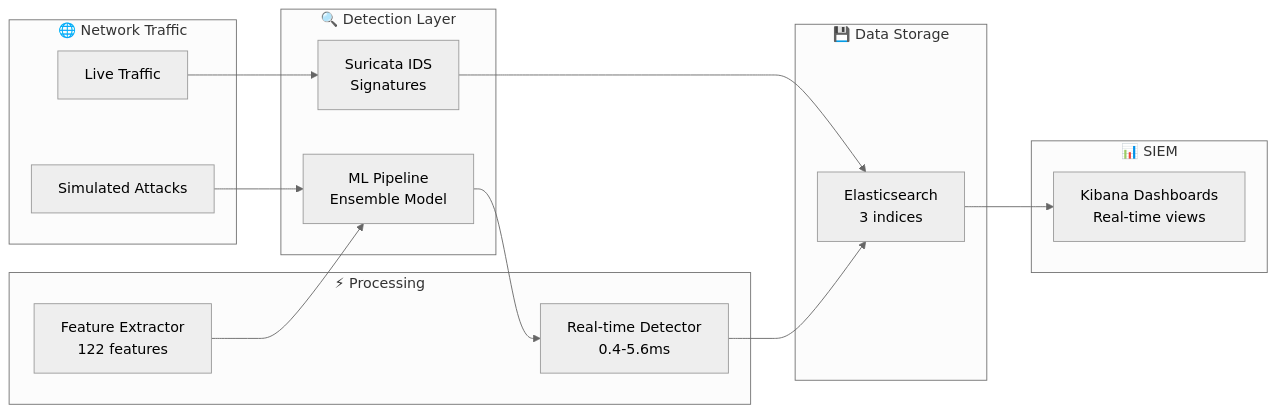
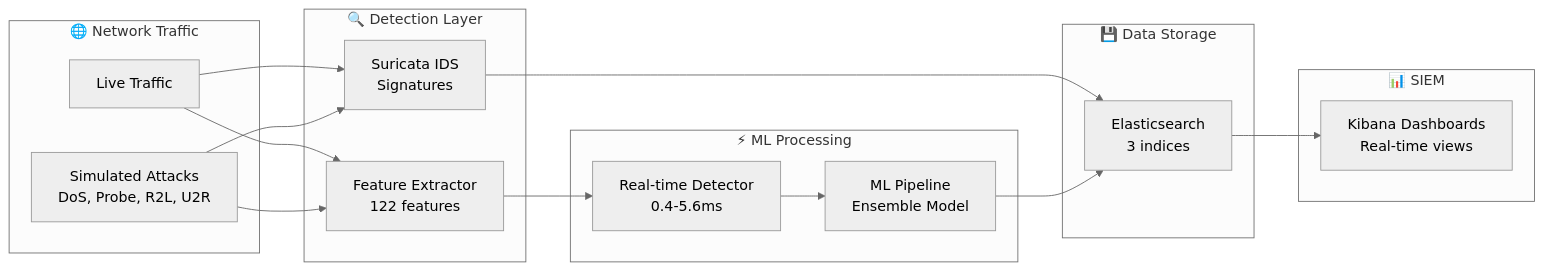
The diagram in docs/demo-flow-explanation.md (holdennguyen/suricata-ml-ids), drawn with Mermaid (neutral theme) before and after one commit. The commit also changed other lines of this file, not shown here.

First line of the commit message:
fix: correct data flow diagram - simulated attacks go through normal detection path

````diff
--- a/docs/demo-flow-explanation.md
+++ b/docs/demo-flow-explanation.md
@@ -146,33 +149,35 @@
 ```mermaid
 flowchart LR
     subgraph INPUT ["🌐 Network Traffic"]
         LIVE[Live Traffic]
-        SIM[Simulated Attacks]
+        SIM[Simulated Attacks<br/>DoS, Probe, R2L, U2R]
     end
     
     subgraph DETECTION ["🔍 Detection Layer"]
         SUR[Suricata IDS<br/>Signatures]
-        ML[ML Pipeline<br/>Ensemble Model]
+        FE[Feature Extractor<br/>122 features]
     end
     
-    subgraph PROCESSING ["⚡ Processing"]
+    subgraph PROCESSING ["⚡ ML Processing"]
         RT[Real-time Detector<br/>0.4-5.6ms]
-        FE[Feature Extractor<br/>122 features]
+        ML[ML Pipeline<br/>Ensemble Model]
     end
     
     subgraph STORAGE ["💾 Data Storage"]
         ES[Elasticsearch<br/>3 indices]
     end
     
     subgraph VISUALIZATION ["📊 SIEM"]
         KB[Kibana Dashboards<br/>Real-time views]
     end
     
     LIVE --> SUR
-    SIM --> ML
+    SIM --> SUR
+    LIVE --> FE
+    SIM --> FE
     SUR --> ES
-    ML --> RT
-    RT --> ES
-    FE --> ML
+    FE --> RT
+    RT --> ML
+    ML --> ES
     ES --> KB
 ```
````
